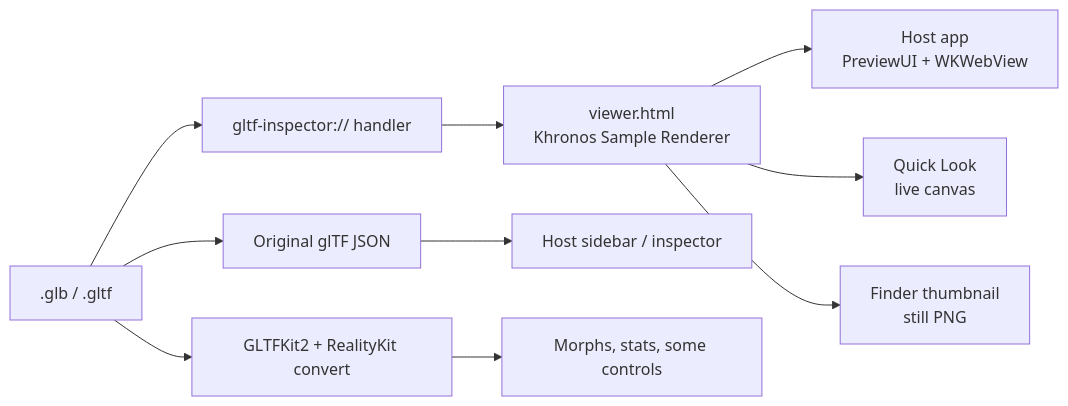
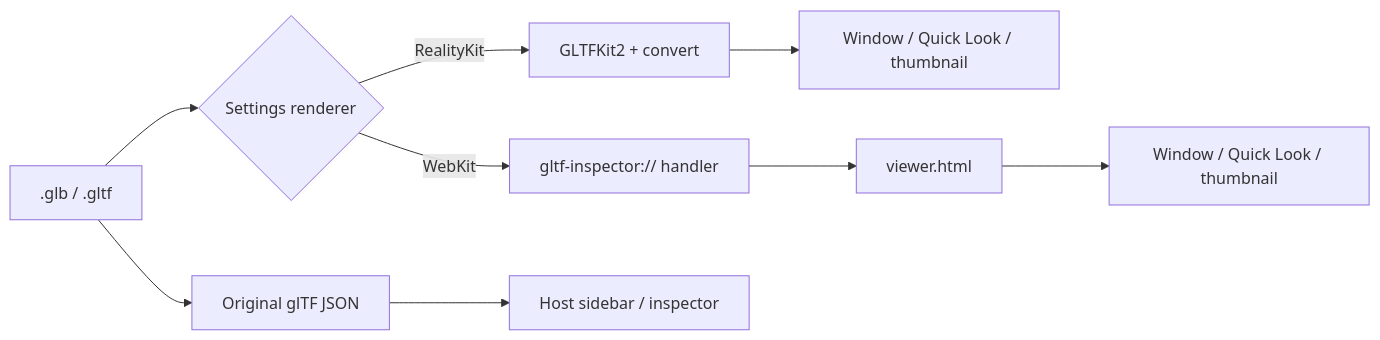
The diagram in README.md (Hemmingsson/macos-gltf-inspector), drawn with Mermaid before and after one commit. The commit also changed other lines of this file and 6 other files, not shown here.

First line of the commit message:
Match agent and product docs to the two-renderer switch.

````diff
--- a/README.md
+++ b/README.md
@@ -79,12 +81,11 @@
 ```mermaid
 flowchart LR
-  file[".glb / .gltf"] --> scheme["gltf-inspector:// handler"]
-  scheme --> page["viewer.html\nKhronos Sample Renderer"]
-  page --> host["Host app\nPreviewUI + WKWebView"]
-  page --> ql["Quick Look\nlive canvas"]
-  page --> thumb["Finder thumbnail\nstill PNG"]
+  file[".glb / .gltf"] --> switch{"Settings renderer"}
+  switch -->|RealityKit| convert["GLTFKit2 + convert"]
+  convert --> rkSurf["Window / Quick Look / thumbnail"]
+  switch -->|WebKit| scheme["gltf-inspector:// handler"]
+  scheme --> page["viewer.html"]
+  page --> wkSurf["Window / Quick Look / thumbnail"]
   file --> json["Original glTF JSON"]
   json --> sidebar["Host sidebar / inspector"]
-  file --> convert["GLTFKit2 + RealityKit convert"]
-  convert --> chrome["Morphs, stats, some controls"]
 ```
````
